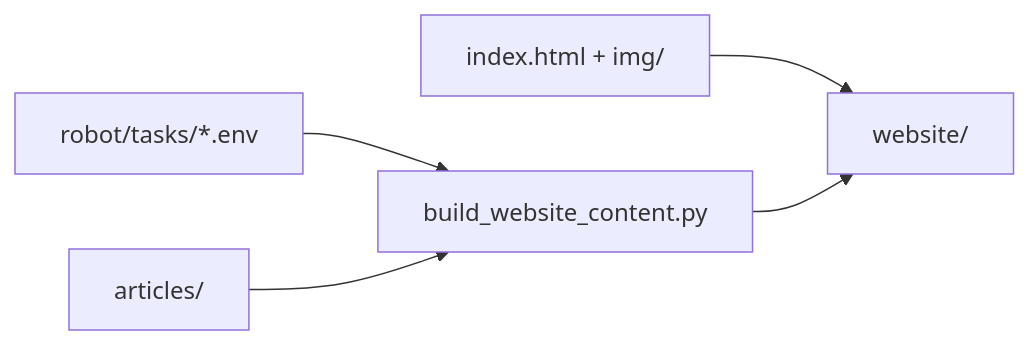
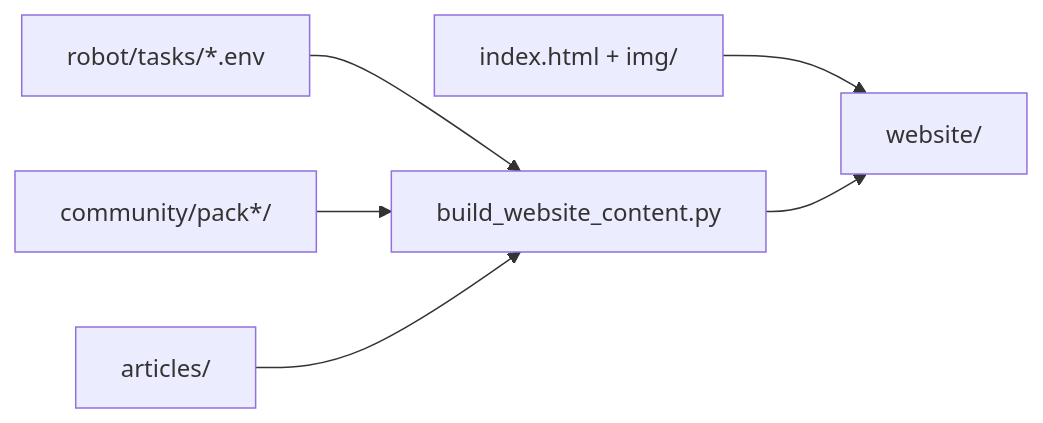
Before and after one commit to step-in-dev/robot: the diagram in Docs/website-structure.md, drawn with Mermaid. The commit also changed other lines of this file and 84 other files, not shown here.

````diff
--- a/Docs/website-structure.md
+++ b/Docs/website-structure.md
@@ -96,12 +99,14 @@
 ```mermaid
 flowchart LR
   envFiles["robot/tasks/*.env"]
+  community["community/pack*/"]
   articles["articles/"]
   manual["index.html + img/"]
   builder["build_website_content.py"]
   site["website/"]
   envFiles --> builder
+  community --> builder
   articles --> builder
   manual --> site
   builder --> site
 ```
````
